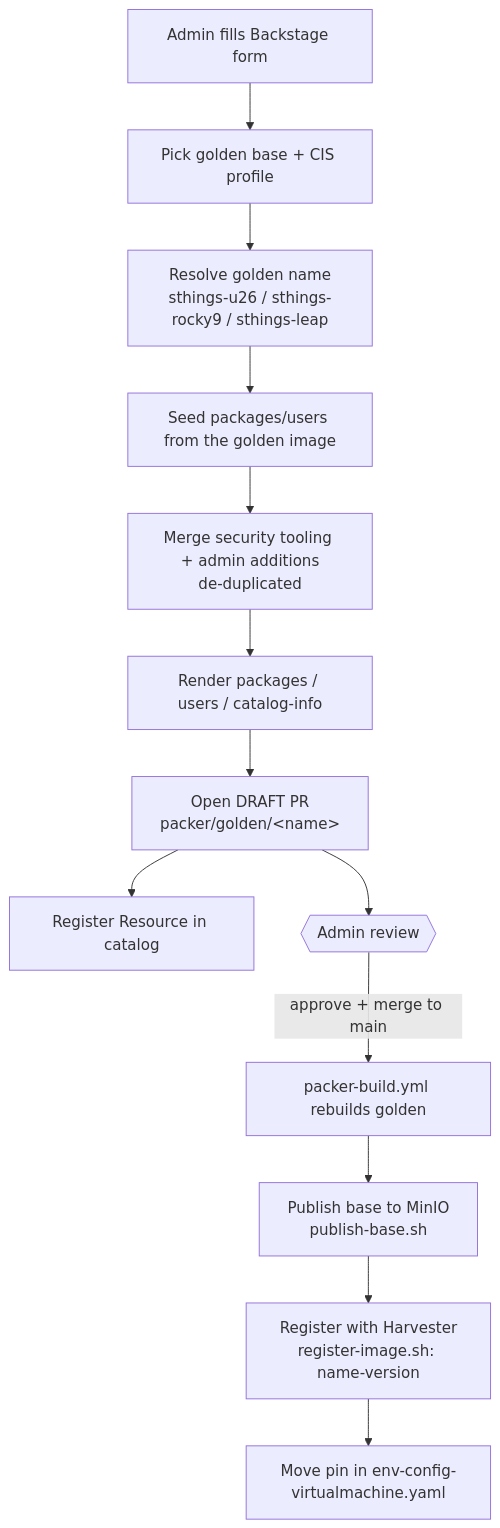
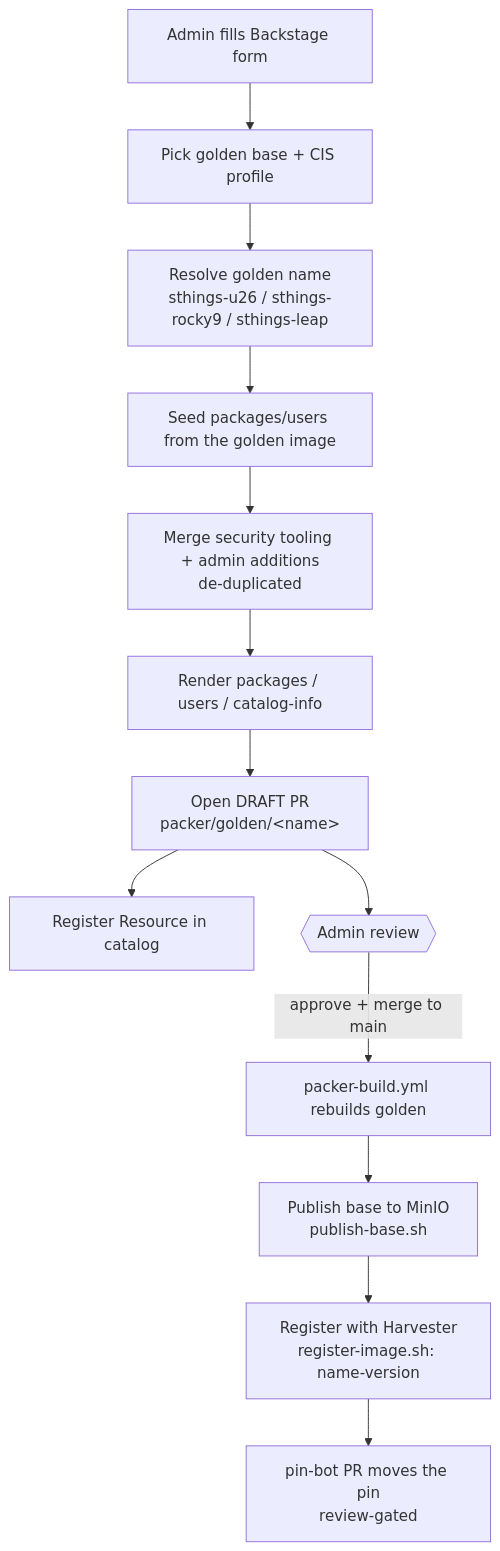
One commit to stuttgart-things/backstage-resources changed the diagram in templates/harvester-packer-adminimage/README.md. Above: the diagram before and after it, drawn with Mermaid. The commit also changed other lines of this file and 4 other files, not shown here.

First line of the commit message:
docs(harvester-packer): the pin now moves by itself after the merge

````diff
--- a/templates/harvester-packer-adminimage/README.md
+++ b/templates/harvester-packer-adminimage/README.md
@@ -31,15 +31,15 @@
 ```mermaid
 flowchart TD
     A[Admin fills Backstage form] --> B[Pick golden base + CIS profile]
     B --> C[Resolve golden name<br/>sthings-u26 / sthings-rocky9 / sthings-leap]
     C --> D[Seed packages/users from the golden image]
     D --> E[Merge security tooling + admin additions<br/>de-duplicated]
     E --> F[Render packages / users / catalog-info]
     F --> G[Open DRAFT PR<br/>packer/golden/&lt;name&gt;]
     G --> H[Register Resource in catalog]
     G --> R{{Admin review}}
     R -->|approve + merge to main| I[packer-build.yml rebuilds golden]
     I --> J[Publish base to MinIO<br/>publish-base.sh]
     J --> K[Register with Harvester<br/>register-image.sh: name-version]
-    K --> L[Move pin in env-config-virtualmachine.yaml]
+    K --> L[pin-bot PR moves the pin<br/>review-gated]
 ```
````
